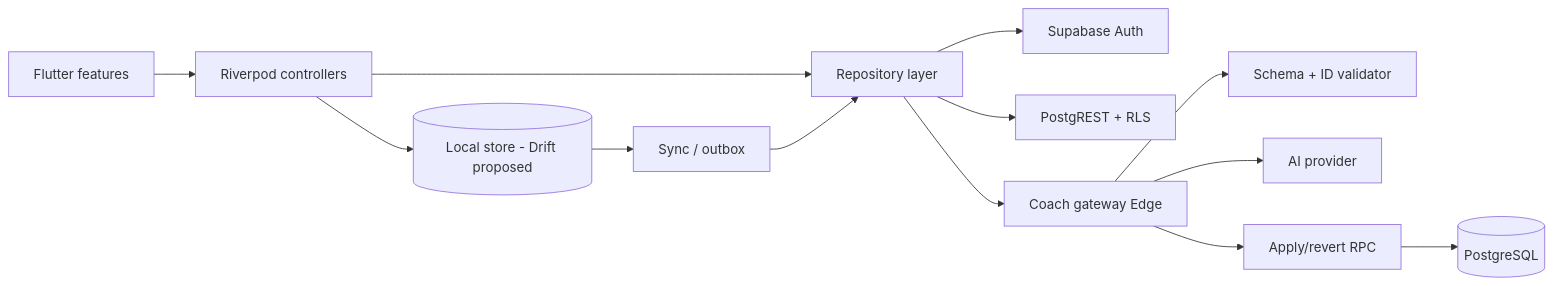
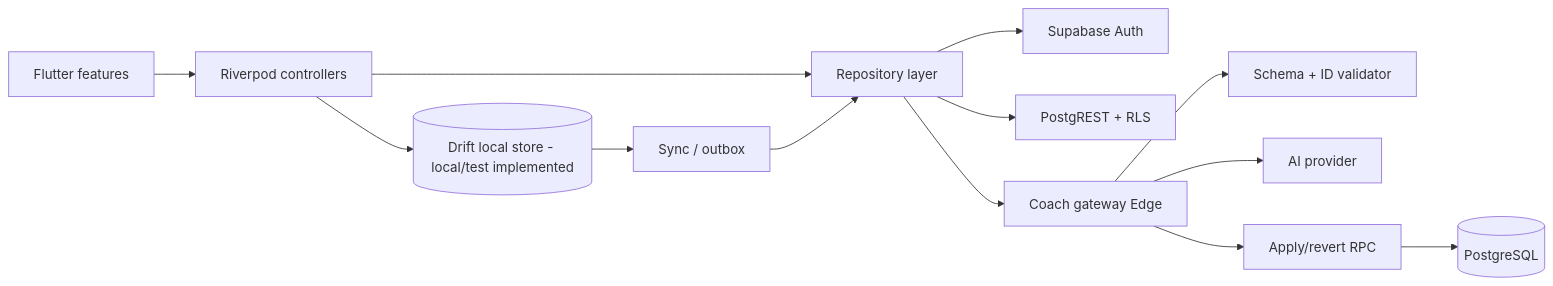
One commit to Tuandaca/gymlvl changed the second of 2 diagrams in docs/planning/ARCHITECTURE.md. Above: the diagram before and after it, drawn with Mermaid. The commit also changed other lines of this file and 8 other files, not shown here.

````diff
--- a/docs/planning/ARCHITECTURE.md
+++ b/docs/planning/ARCHITECTURE.md
@@ -122,15 +123,15 @@
 ```mermaid
 flowchart LR
   UI[Flutter features] --> Ctrl[Riverpod controllers]
-  Ctrl --> Local[(Local store - Drift proposed)]
+  Ctrl --> Local[(Drift local store - local/test implemented)]
   Ctrl --> Repo[Repository layer]
   Local --> Sync[Sync / outbox]
   Sync --> Repo
   Repo --> Auth[Supabase Auth]
   Repo --> REST[PostgREST + RLS]
   Repo --> Gateway[Coach gateway Edge]
   Gateway --> Validator[Schema + ID validator]
   Gateway --> Provider[AI provider]
   Gateway --> RPC[Apply/revert RPC]
   RPC --> PG[(PostgreSQL)]
 ```
````
